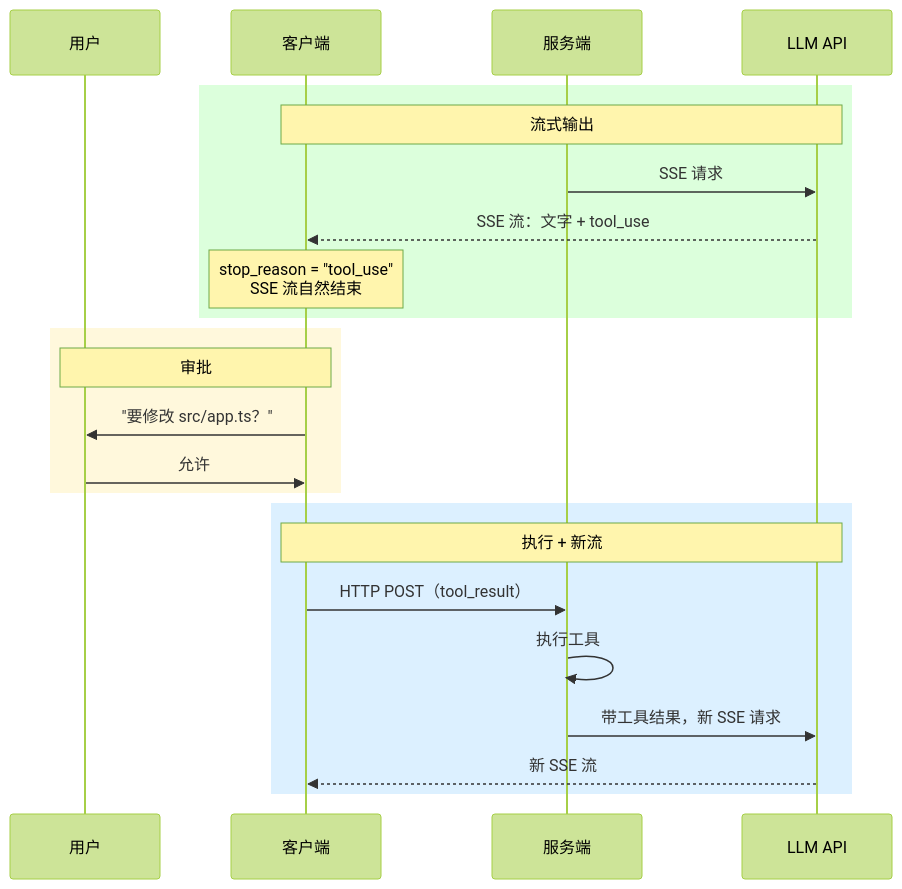
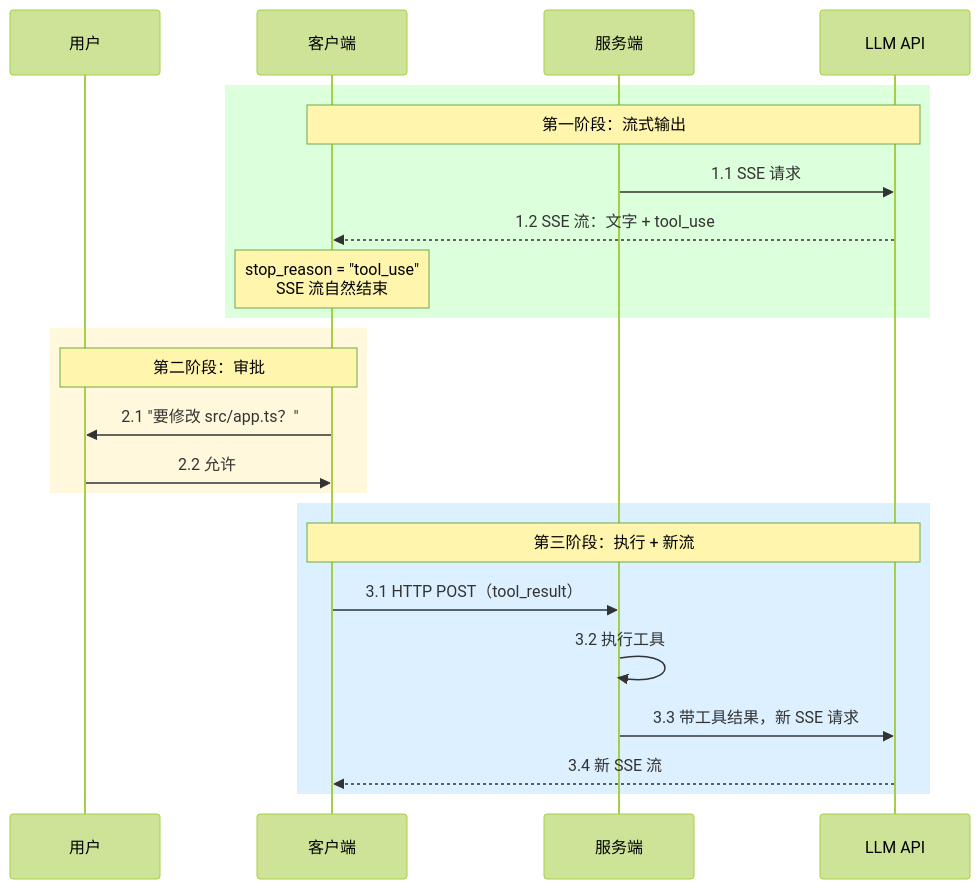
The second of 5 diagrams in source/Agent-Loop-深度分享.md (caosiwei97/agent-loop-demo), drawn with Mermaid (forest theme) before and after one commit. The commit also changed other lines of this file and 27 other files, not shown here.

````diff
--- a/source/Agent-Loop-深度分享.md
+++ b/source/Agent-Loop-深度分享.md
@@ -168,28 +177,28 @@
 ```mermaid
 sequenceDiagram
     participant U as 用户
     participant C as 客户端
     participant S as 服务端
     participant API as LLM API
 
     rect rgb(220, 255, 220)
-        Note over C,API: 流式输出
-        S->>API: SSE 请求
-        API-->>C: SSE 流：文字 + tool_use
+        Note over C,API: 第一阶段：流式输出
+        S->>API: 1.1 SSE 请求
+        API-->>C: 1.2 SSE 流：文字 + tool_use
         Note over C: stop_reason = "tool_use"<br/>SSE 流自然结束
     end
 
     rect rgb(255, 248, 220)
-        Note over U,C: 审批
-        C->>U: "要修改 src/app.ts？"
-        U->>C: 允许
+        Note over U,C: 第二阶段：审批
+        C->>U: 2.1 "要修改 src/app.ts？"
+        U->>C: 2.2 允许
     end
 
     rect rgb(220, 240, 255)
-        Note over C,API: 执行 + 新流
-        C->>S: HTTP POST（tool_result）
-        S->>S: 执行工具
-        S->>API: 带工具结果，新 SSE 请求
-        API-->>C: 新 SSE 流
+        Note over C,API: 第三阶段：执行 + 新流
+        C->>S: 3.1 HTTP POST（tool_result）
+        S->>S: 3.2 执行工具
+        S->>API: 3.3 带工具结果，新 SSE 请求
+        API-->>C: 3.4 新 SSE 流
     end
 ```
````
